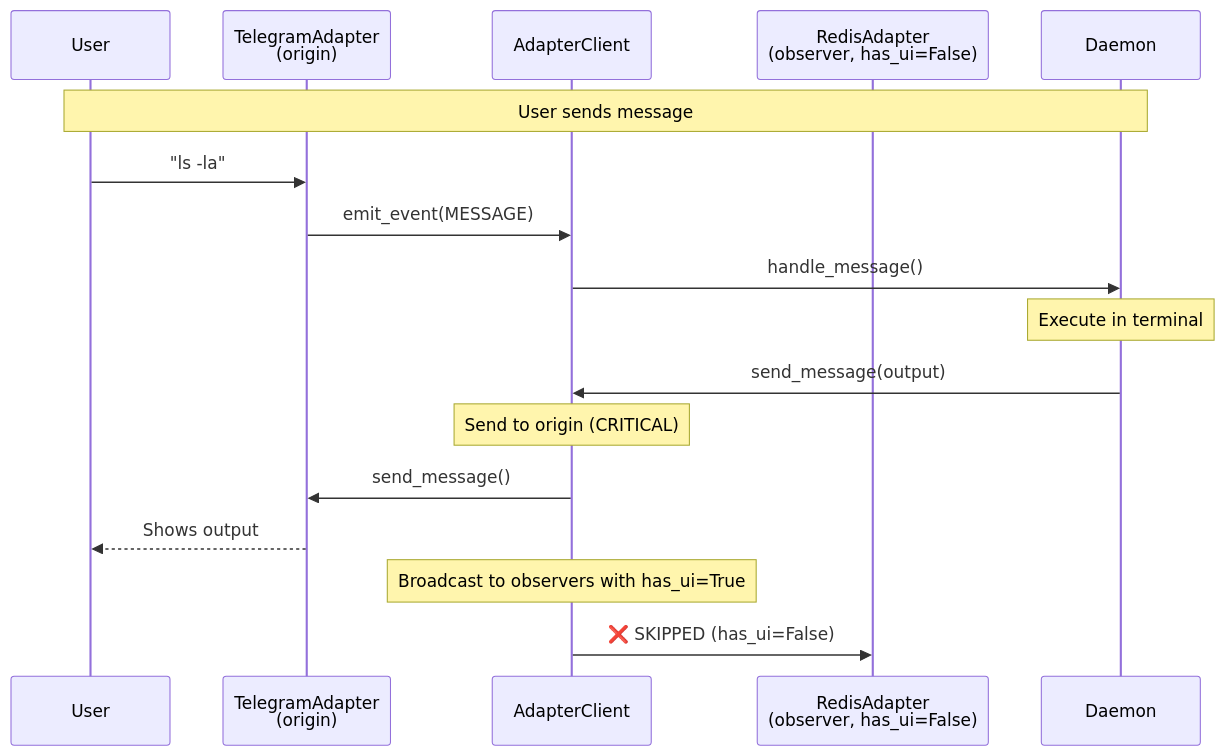
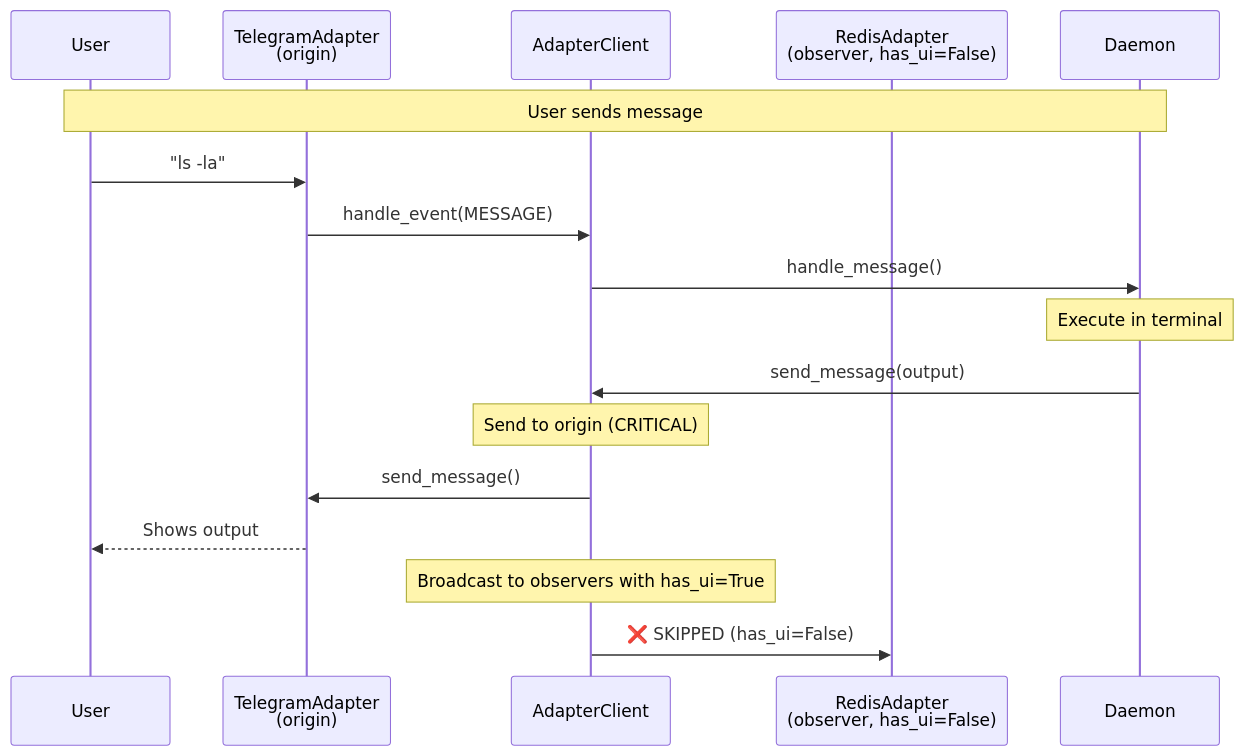
Before and after one commit to InstruktAI/TeleClaude: the second of 8 diagrams in docs/architecture.md, drawn with Mermaid. The commit also changed other lines of this file and 22 other files, not shown here.

````diff
--- a/docs/architecture.md
+++ b/docs/architecture.md
@@ -108,23 +108,23 @@
 ```mermaid
 sequenceDiagram
     participant User
     participant TG as TelegramAdapter<br/>(origin)
     participant Client as AdapterClient
     participant Redis as RedisAdapter<br/>(observer, has_ui=False)
     participant Daemon
 
     Note over User,Daemon: User sends message
     User->>TG: "ls -la"
-    TG->>Client: emit_event(MESSAGE)
+    TG->>Client: handle_event(MESSAGE)
     Client->>Daemon: handle_message()
 
     Note over Daemon: Execute in terminal
     Daemon->>Client: send_message(output)
 
     Note over Client: Send to origin (CRITICAL)
     Client->>TG: send_message()
     TG-->>User: Shows output
 
     Note over Client: Broadcast to observers with has_ui=True
     Client->>Redis: ❌ SKIPPED (has_ui=False)
 ```
````
